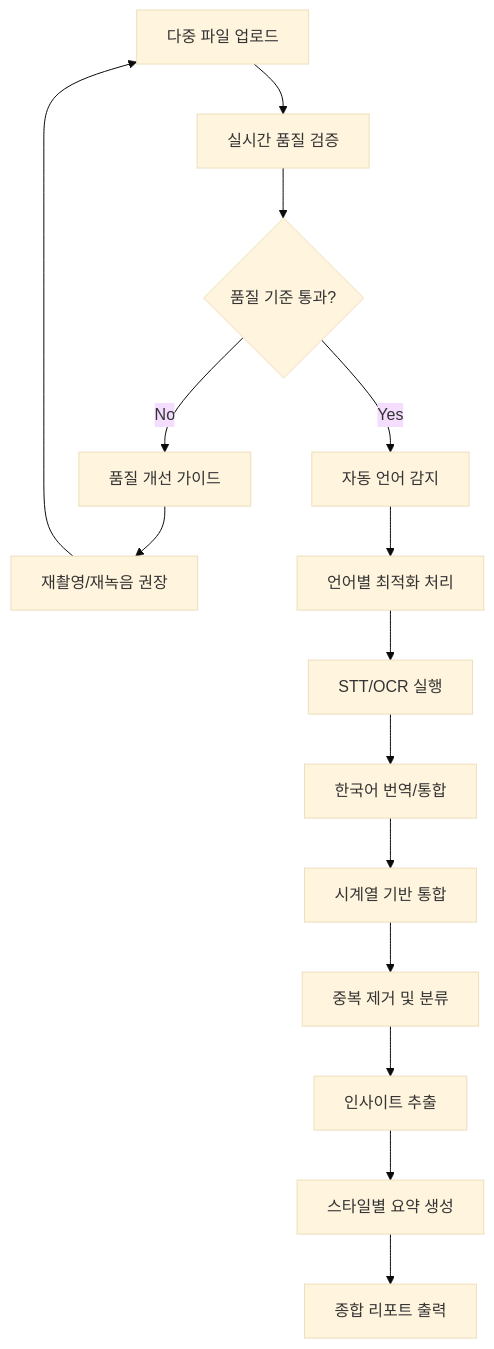
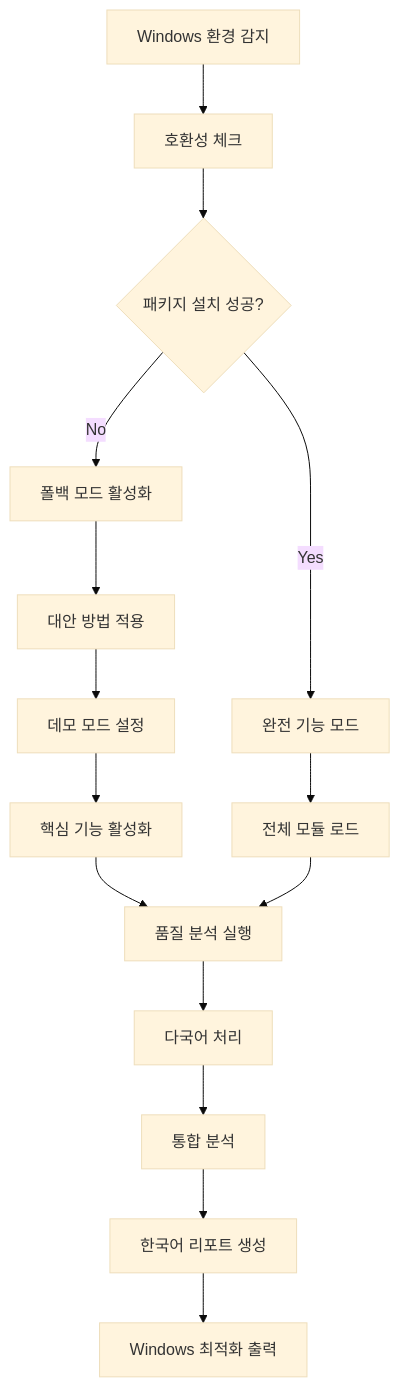
One commit to GeunHyeog/solomond-ai-system changed the diagram in README.md. Above: the diagram before and after it, drawn with Mermaid (base theme). The commit also changed other lines of this file, not shown here.

Commit message:
🎯 README v2.1.1 - Windows 완전 호환 플랫폼으로 대폭 업데이트

````diff
--- a/README.md
+++ b/README.md
@@ -123,19 +249,20 @@
 ```mermaid
 graph TB
-    A[다중 파일 업로드] --> B[실시간 품질 검증]
-    B --> C{품질 기준 통과?}
+    A[Windows 환경 감지] --> B[호환성 체크]
+    B --> C{패키지 설치 성공?}
     
-    C -->|No| D[품질 개선 가이드]
-    D --> E[재촬영/재녹음 권장]
-    E --> A
+    C -->|No| D[폴백 모드 활성화]
+    D --> E[대안 방법 적용]
+    E --> F[데모 모드 설정]
+    F --> G[핵심 기능 활성화]
     
-    C -->|Yes| F[자동 언어 감지]
-    F --> G[언어별 최적화 처리]
-    G --> H[STT/OCR 실행]
-    H --> I[한국어 번역/통합]
-    I --> J[시계열 기반 통합]
-    J --> K[중복 제거 및 분류]
-    K --> L[인사이트 추출]
-    L --> M[스타일별 요약 생성]
-    M --> N[종합 리포트 출력]
+    C -->|Yes| H[완전 기능 모드]
+    H --> I[전체 모듈 로드]
+    
+    G --> J[품질 분석 실행]
+    I --> J
+    J --> K[다국어 처리]
+    K --> L[통합 분석]
+    L --> M[한국어 리포트 생성]
+    M --> N[Windows 최적화 출력]
 ```
````
